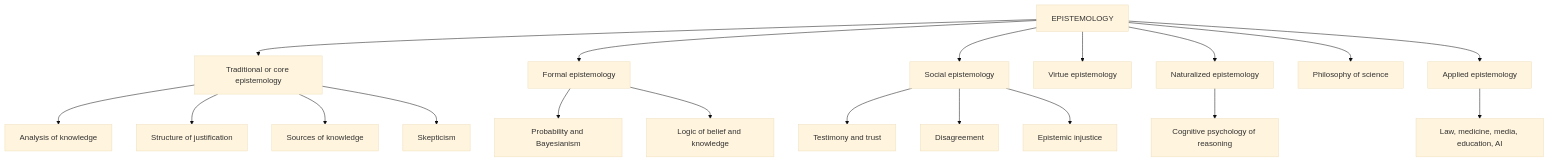
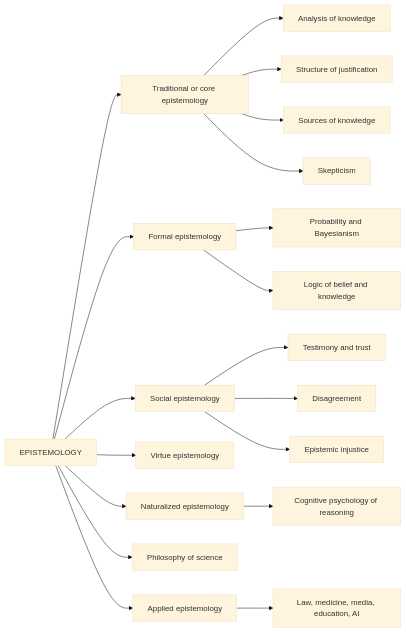
Before and after one commit to Rhadadi/epis: the diagram in guide/01-what-is-epistemology.md, drawn with Mermaid (base theme). The commit also changed 284 other files, not shown here.

````diff
--- a/guide/01-what-is-epistemology.md
+++ b/guide/01-what-is-epistemology.md
@@ -302,22 +302,22 @@
 ```mermaid
-flowchart TD
+flowchart LR
     E["EPISTEMOLOGY"]
     E --> T["Traditional or core epistemology"]
     E --> F["Formal epistemology"]
     E --> S["Social epistemology"]
     E --> V["Virtue epistemology"]
     E --> N["Naturalized epistemology"]
     E --> P["Philosophy of science"]
     E --> A["Applied epistemology"]
     T --> T1["Analysis of knowledge"]
     T --> T2["Structure of justification"]
     T --> T3["Sources of knowledge"]
     T --> T4["Skepticism"]
     F --> F1["Probability and Bayesianism"]
     F --> F2["Logic of belief and knowledge"]
     S --> S1["Testimony and trust"]
     S --> S2["Disagreement"]
     S --> S3["Epistemic injustice"]
     N --> N1["Cognitive psychology of reasoning"]
     A --> A1["Law, medicine, media, education, AI"]
 ```
````
